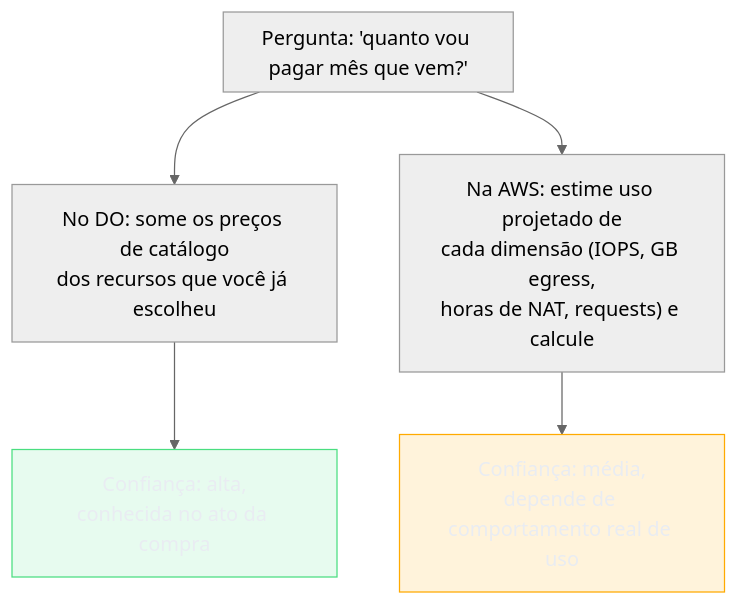
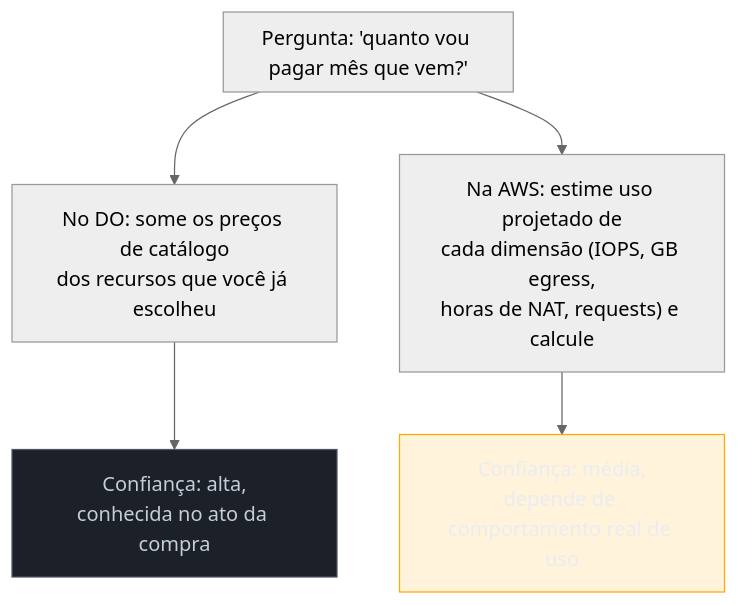
One commit to josenaldo/codex-technomanticus changed the third of 4 diagrams in 03-Dominios/Tecnologia/Cloud/22 - DigitalOcean a fundo/03 - Pricing previsível como diferencial.md. Above: the diagram before and after it, drawn with Mermaid (neutral theme). The commit also changed other lines of this file and 601 other files, not shown here.

````diff
--- a/03-Dominios/Tecnologia/Cloud/22 - DigitalOcean a fundo/03 - Pricing previsível como diferencial.md
+++ b/03-Dominios/Tecnologia/Cloud/22 - DigitalOcean a fundo/03 - Pricing previsível como diferencial.md
@@ -144,15 +144,15 @@
 ```mermaid
 flowchart TB
-    classDef ok fill:#4ADE8021,stroke:#4ADE80,color:#E9ECF2
+    classDef neutro fill:#1B2029,stroke:#4E5666,color:#C6CCD8
     classDef destaque fill:#FFAA0024,stroke:#FFAA00,color:#E9ECF2
     subgraph Q1["Pergunta: 'quanto vou pagar mês que vem?'"]
         direction TB
     end
     Q1 --> DO_R["No DO: some os preços de catálogo<br/>dos recursos que você já escolheu"]
     Q1 --> AWS_R["Na AWS: estime uso projetado de<br/>cada dimensão (IOPS, GB egress,<br/>horas de NAT, requests) e calcule"]
     DO_R --> DO_C["Confiança: alta,<br/>conhecida no ato da compra"]
     AWS_R --> AWS_C["Confiança: média,<br/>depende de comportamento real de uso"]
 
-    class DO_C ok
+    class DO_C neutro
     class AWS_C destaque
 ```
````
